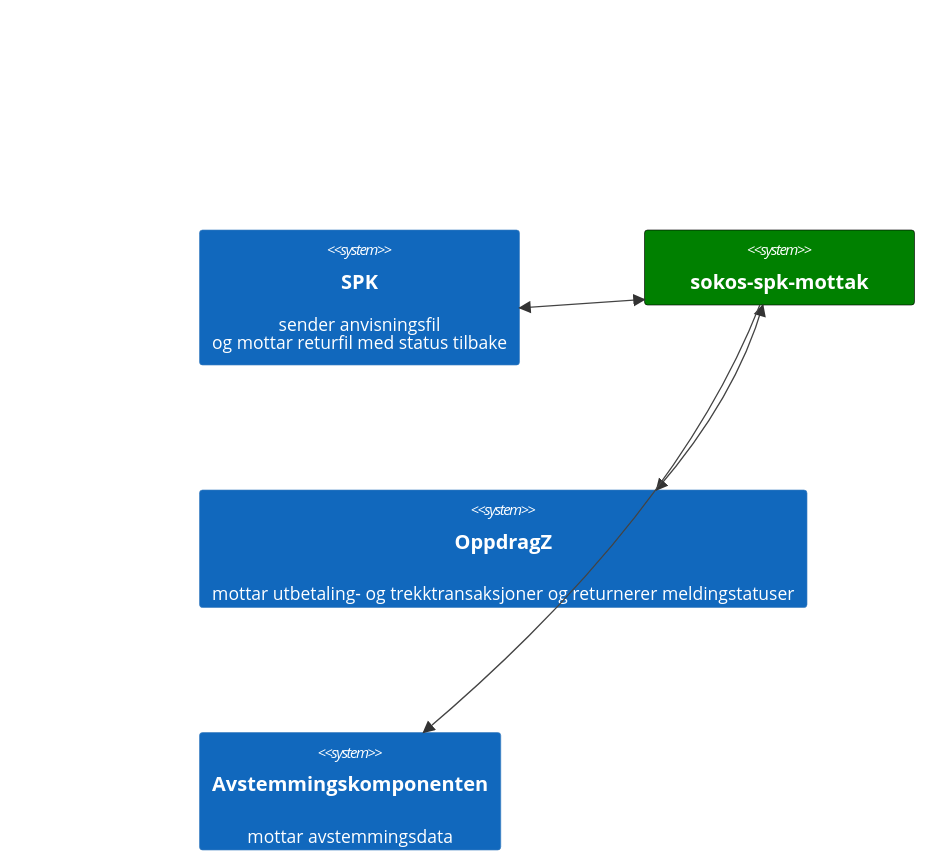
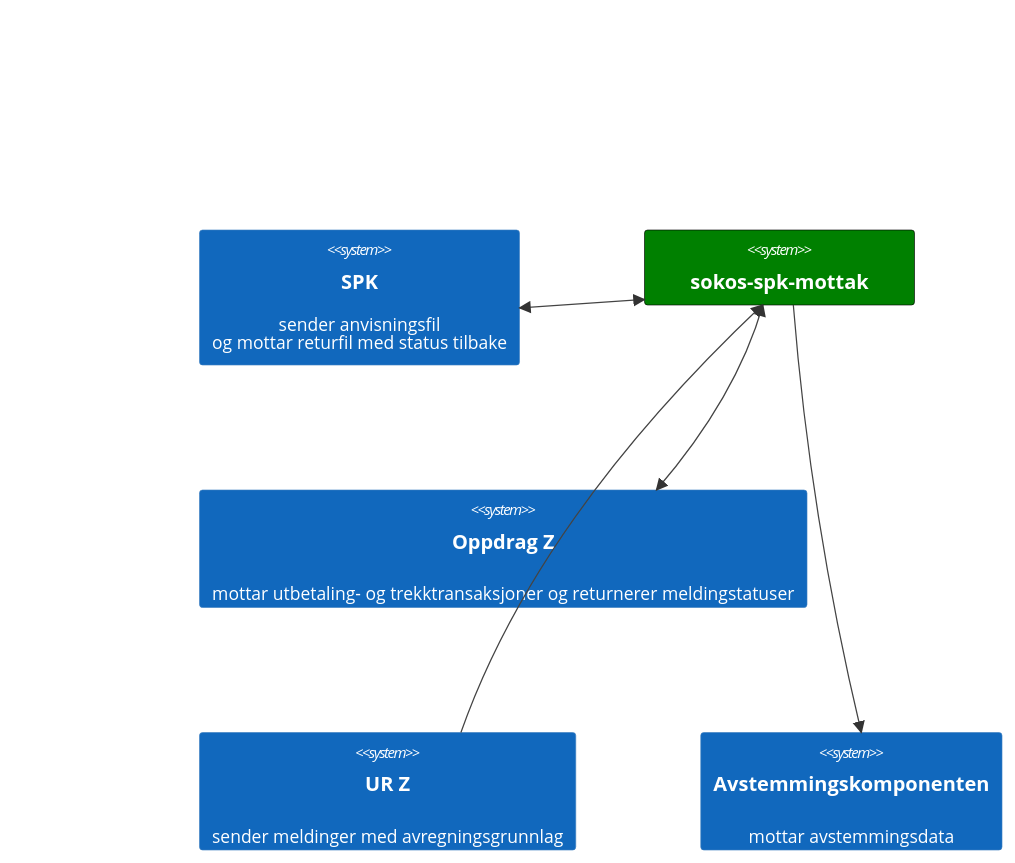
The diagram in dokumentasjon/løsningsbeskrivelse/overordnet/avhengighetskart.md (navikt/sokos-spk-mottak), drawn with Mermaid before and after one commit. The commit also changed 7 other files, not shown here.

`````diff
--- a/dokumentasjon/løsningsbeskrivelse/overordnet/avhengighetskart.md
+++ b/dokumentasjon/løsningsbeskrivelse/overordnet/avhengighetskart.md
@@ -3,12 +3,14 @@
 ````mermaid
     C4Context
     UpdateLayoutConfig($c4ShapeInRow="2", $c4BoundaryInRow="2")
     System(spk, "SPK", "sender anvisningsfil<br>og mottar returfil med status tilbake")
     System(sokos-spk-mottak, "sokos-spk-mottak", "")
     UpdateElementStyle(sokos-spk-mottak, $fontColor="white", $bgColor="green", $borderColor="black")
-    System(oppdragZ, "OppdragZ", "mottar utbetaling- og trekktransaksjoner og returnerer meldingstatuser")
+    System(oppdragZ, "Oppdrag Z", "mottar utbetaling- og trekktransaksjoner og returnerer meldingstatuser")
+    System(ur, "UR Z", "sender meldinger med avregningsgrunnlag")
     System(Avstemming, "Avstemmingskomponenten", "mottar avstemmingsdata")
     BiRel(spk, sokos-spk-mottak, "")
     BiRel(sokos-spk-mottak, oppdragZ, "")
     Rel(sokos-spk-mottak, Avstemming, "")
+    Rel(ur, sokos-spk-mottak, "")
 ````
`````
